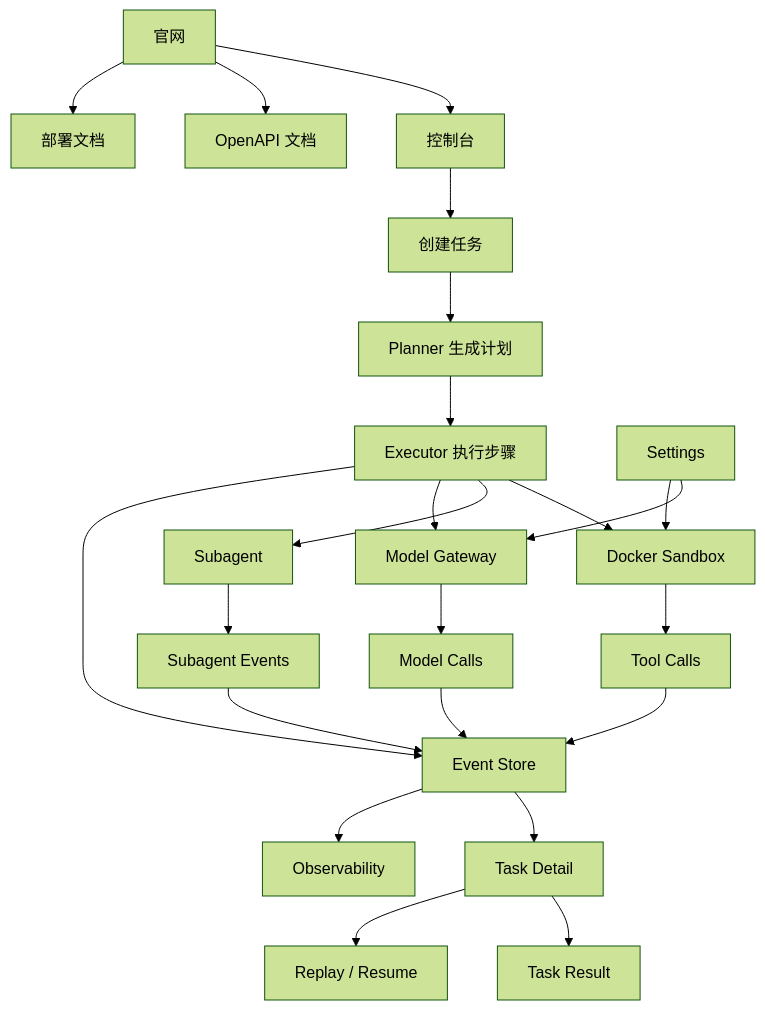
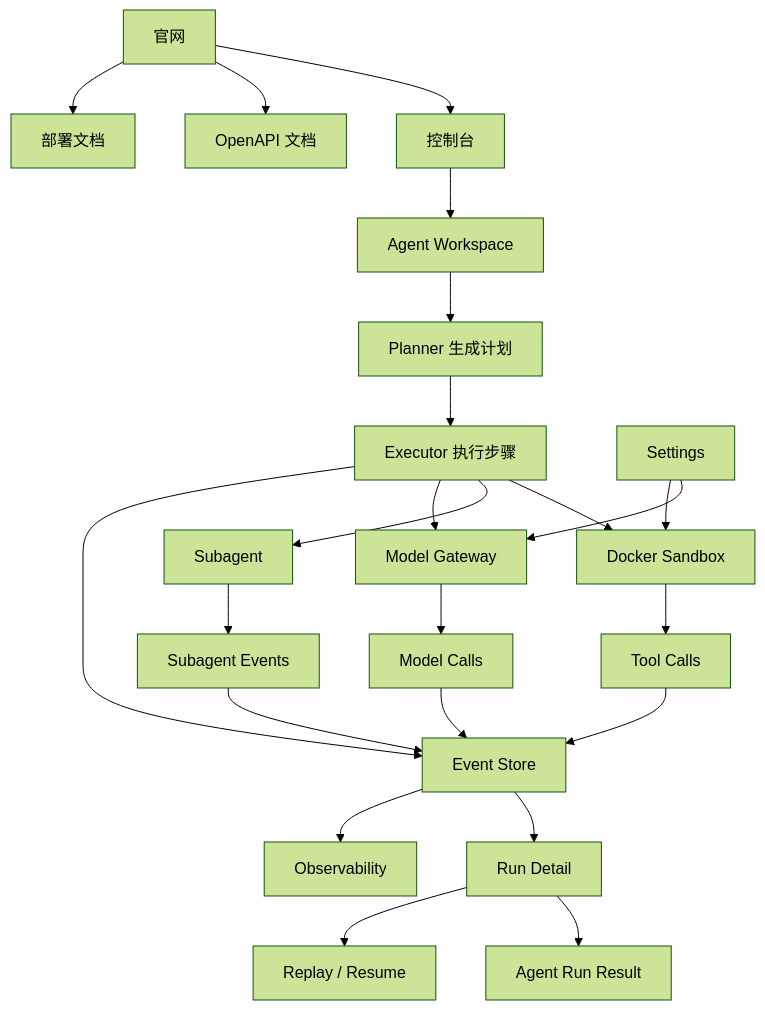
Before and after one commit to luohao0308/harness: the diagram in docs/human/11-website-usage-flow.md, drawn with Mermaid (forest theme). The commit also changed other lines of this file and 97 other files, not shown here.

````diff
--- a/docs/human/11-website-usage-flow.md
+++ b/docs/human/11-website-usage-flow.md
@@ -47,25 +47,25 @@
 ```mermaid
 flowchart TD
     A["官网"] --> B["控制台"]
     A --> C["OpenAPI 文档"]
     A --> D["部署文档"]
-    B --> E["创建任务"]
+    B --> E["Agent Workspace"]
     E --> F["Planner 生成计划"]
     F --> G["Executor 执行步骤"]
     G --> H["Docker Sandbox"]
     G --> I["Subagent"]
     G --> J["Model Gateway"]
     H --> K["Tool Calls"]
     I --> L["Subagent Events"]
     J --> M["Model Calls"]
     K --> N["Event Store"]
     L --> N
     M --> N
     G --> N
-    N --> O["Task Detail"]
-    O --> P["Task Result"]
+    N --> O["Run Detail"]
+    O --> P["Agent Run Result"]
     O --> Q["Replay / Resume"]
     N --> R["Observability"]
     S["Settings"] --> J
     S --> H
 ```
````
